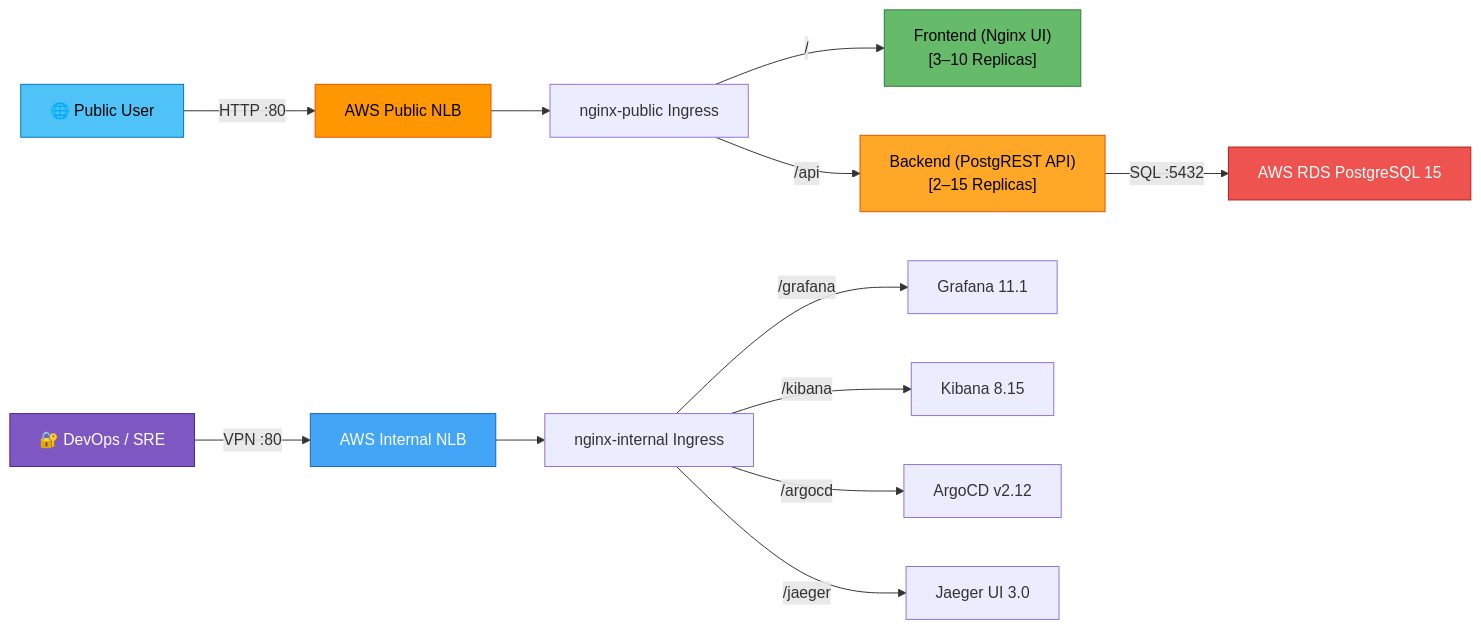
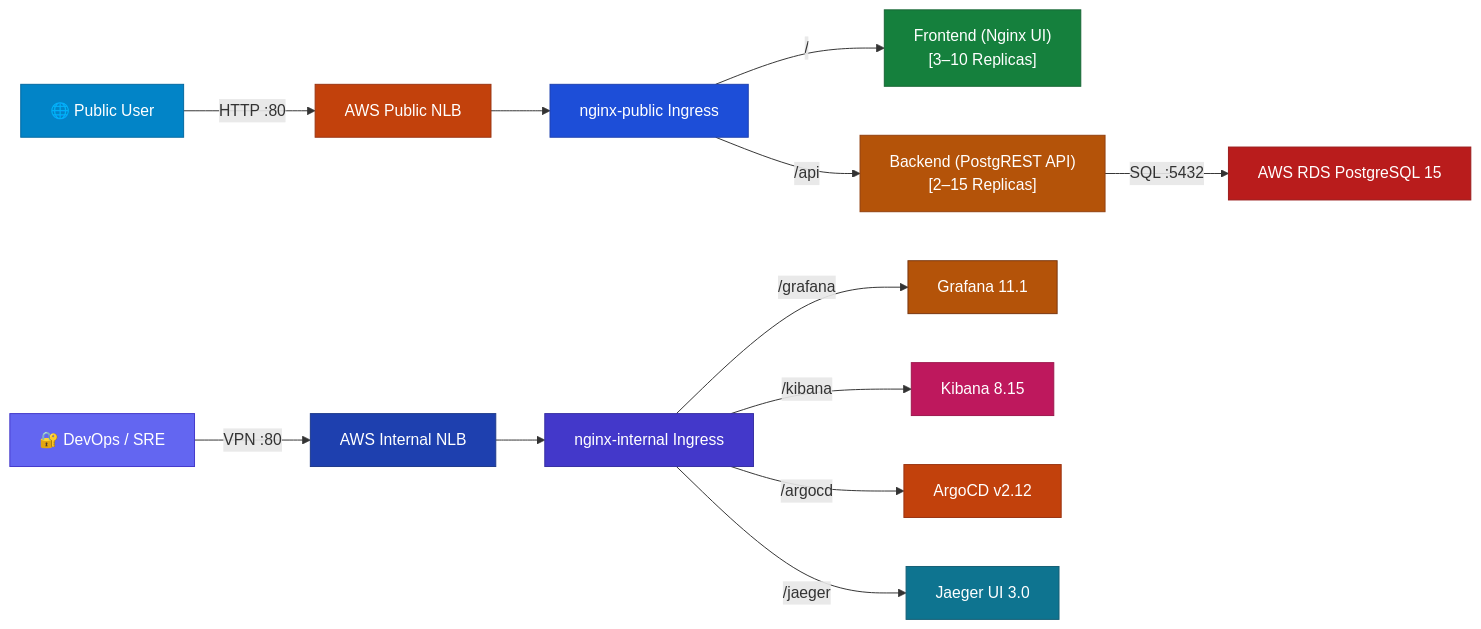
One commit to AdastraGupta/3-tier-k8s-project changed the second of 4 diagrams in README.md. Above: the diagram before and after it, drawn with Mermaid. The commit also changed other lines of this file, not shown here.

Commit message:
docs: resolve arrow overlaps and apply high-contrast dark theme to architecture diagrams

````diff
--- a/README.md
+++ b/README.md
@@ -176,23 +213,29 @@
 ```mermaid
 graph LR
     User["🌐 Public User"] -->|"HTTP :80"| PUB_NLB["AWS Public NLB"]
     PUB_NLB --> ING_PUB["nginx-public Ingress"]
     ING_PUB -->|"/"| FE["Frontend (Nginx UI)\n[3–10 Replicas]"]
     ING_PUB -->|"/api"| BE["Backend (PostgREST API)\n[2–15 Replicas]"]
     BE -->|"SQL :5432"| RDS["AWS RDS PostgreSQL 15"]
 
     DevOps["🔐 DevOps / SRE"] -->|"VPN :80"| INT_NLB["AWS Internal NLB"]
     INT_NLB --> ING_INT["nginx-internal Ingress"]
     ING_INT -->|"/grafana"| GRAF["Grafana 11.1"]
     ING_INT -->|"/kibana"| KB["Kibana 8.15"]
     ING_INT -->|"/argocd"| ARGO["ArgoCD v2.12"]
     ING_INT -->|"/jaeger"| JG["Jaeger UI 3.0"]
 
-    style User fill:#4FC3F7,stroke:#0277BD,color:#000
-    style DevOps fill:#7E57C2,stroke:#4527A0,color:#fff
-    style PUB_NLB fill:#FF9800,stroke:#E65100,color:#000
-    style INT_NLB fill:#42A5F5,stroke:#1565C0,color:#fff
-    style FE fill:#66BB6A,stroke:#2E7D32,color:#000
-    style BE fill:#FFA726,stroke:#E65100,color:#000
-    style RDS fill:#EF5350,stroke:#B71C1C,color:#fff
+    style User fill:#0284c7,stroke:#0369a1,color:#ffffff
+    style DevOps fill:#6366f1,stroke:#4338ca,color:#ffffff
+    style PUB_NLB fill:#c2410c,stroke:#9a3412,color:#ffffff
+    style INT_NLB fill:#1e40af,stroke:#1e3a8a,color:#ffffff
+    style FE fill:#15803d,stroke:#166534,color:#ffffff
+    style BE fill:#b45309,stroke:#92400e,color:#ffffff
+    style RDS fill:#b91c1c,stroke:#991b1b,color:#ffffff
+    style GRAF fill:#b45309,stroke:#78350f,color:#ffffff
+    style KB fill:#be185d,stroke:#9d174d,color:#ffffff
+    style ARGO fill:#c2410c,stroke:#9a3412,color:#ffffff
+    style JG fill:#0e7490,stroke:#155e75,color:#ffffff
+    style ING_PUB fill:#1d4ed8,stroke:#1e40af,color:#ffffff
+    style ING_INT fill:#4338ca,stroke:#3730a3,color:#ffffff
 ```
````
